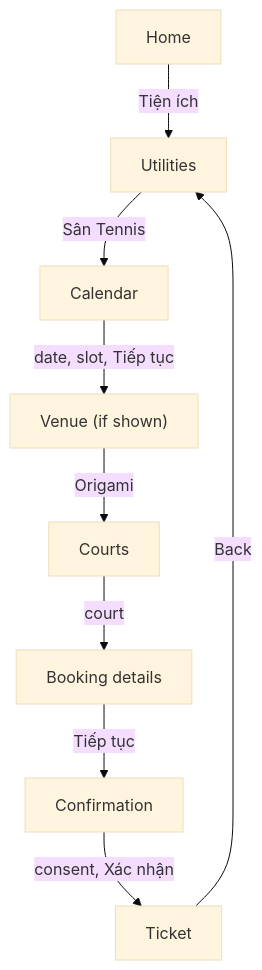
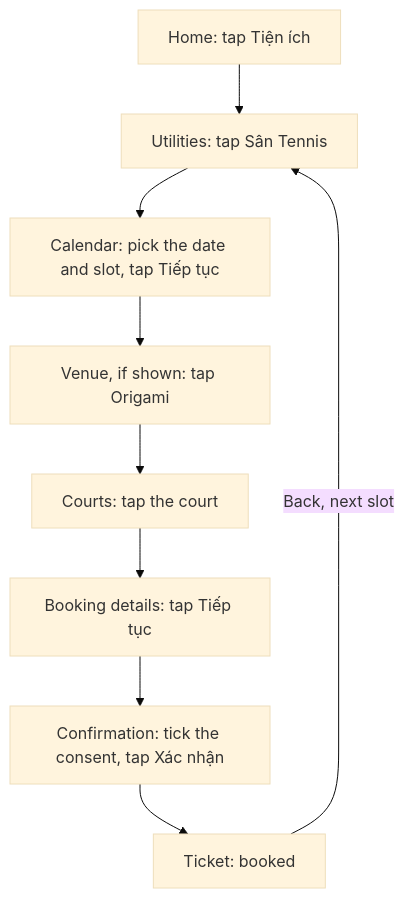
The diagram in README.md (HauPham-Wts/vh-tennis-booker), drawn with Mermaid (base theme) before and after one commit.

Commit message:
docs: name each screen's action inside the README flow

````diff
--- a/README.md
+++ b/README.md
@@ -46,11 +46,11 @@
 ```mermaid
 flowchart TD
-    A[Home] -->|Tiện ích| B[Utilities]
-    B -->|Sân Tennis| C[Calendar]
-    C -->|date, slot, Tiếp tục| V["Venue (if shown)"]
-    V -->|Origami| D[Courts]
-    D -->|court| E[Booking details]
-    E -->|Tiếp tục| F[Confirmation]
-    F -->|consent, Xác nhận| G[Ticket]
-    G -->|Back| B
+    A["Home: tap Tiện ích"] --> B["Utilities: tap Sân Tennis"]
+    B --> C["Calendar: pick the date and slot, tap Tiếp tục"]
+    C --> V["Venue, if shown: tap Origami"]
+    V --> D["Courts: tap the court"]
+    D --> E["Booking details: tap Tiếp tục"]
+    E --> F["Confirmation: tick the consent, tap Xác nhận"]
+    F --> G["Ticket: booked"]
+    G -->|Back, next slot| B
 ```
````
